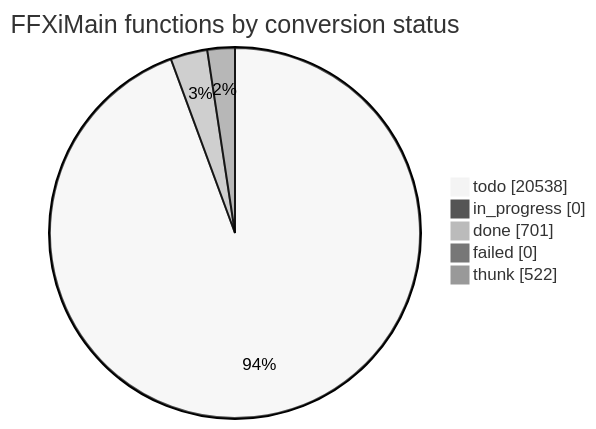
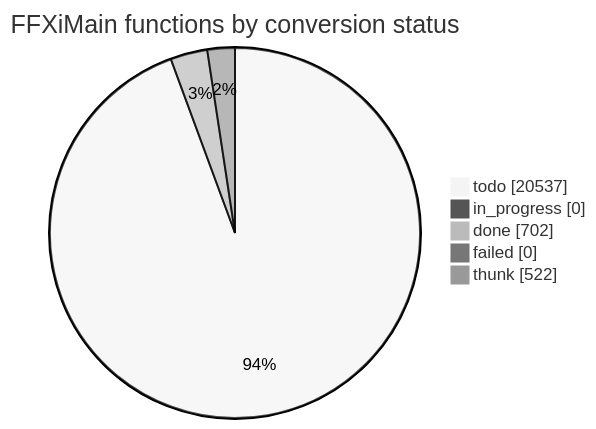
Before and after one commit to cowrevenge/cow_kuluu_xi_anything: the diagram in docs/cow/STATUS.md, drawn with Mermaid (neutral theme). The commit also changed other lines of this file and 9 other files, not shown here.

````diff
--- a/docs/cow/STATUS.md
+++ b/docs/cow/STATUS.md
@@ -18,9 +18,9 @@
 ```mermaid
 pie showData
     title FFXiMain functions by conversion status
-    "todo" : 20538
+    "todo" : 20537
     "in_progress" : 0
-    "done" : 701
+    "done" : 702
     "failed" : 0
     "thunk" : 522
 ```
````
